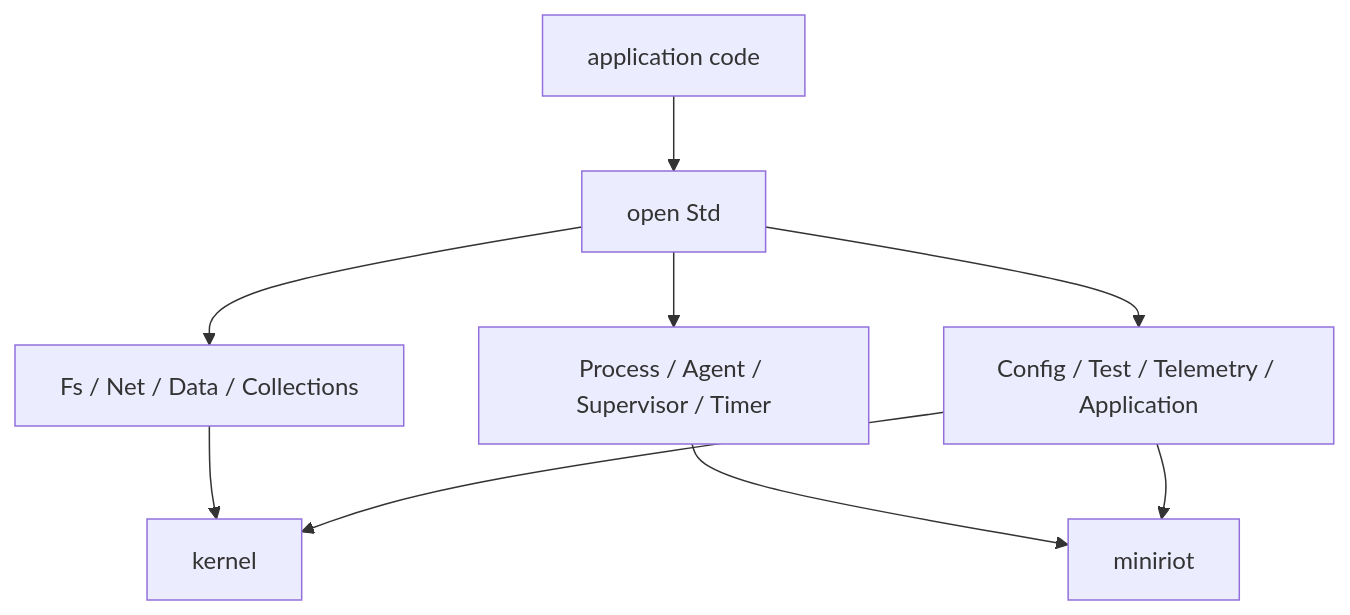
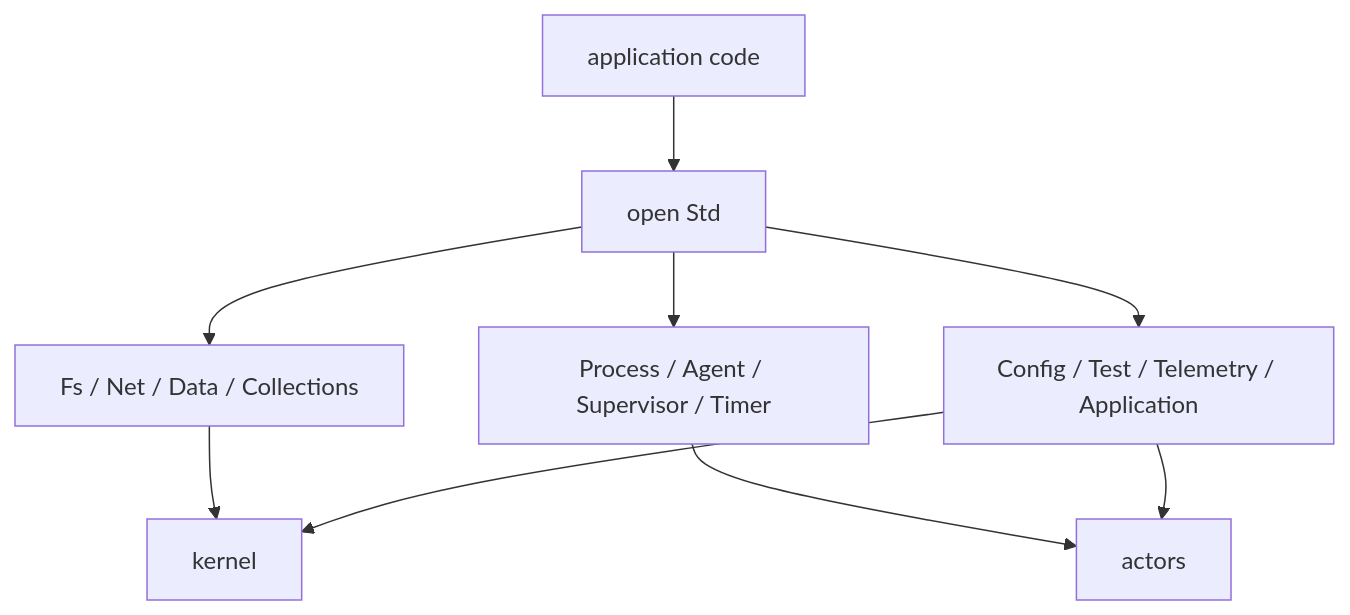
Before and after one commit to leostera/riot-lang: the second of 4 diagrams in docs/rfds/RFD0005-kernel-and-std-snapshot.md, drawn with Mermaid. The commit also changed other lines of this file and 1272 other files, not shown here.

````diff
--- a/docs/rfds/RFD0005-kernel-and-std-snapshot.md
+++ b/docs/rfds/RFD0005-kernel-and-std-snapshot.md
@@ -95,11 +95,11 @@
 ```mermaid
 flowchart TD
   A[application code] --> B[open Std]
   B --> C[Fs / Net / Data / Collections]
   B --> D[Process / Agent / Supervisor / Timer]
   B --> E[Config / Test / Telemetry / Application]
-  D --> F[miniriot]
+  D --> F[actors]
   C --> G[kernel]
   E --> F
   E --> G
 ```
````
